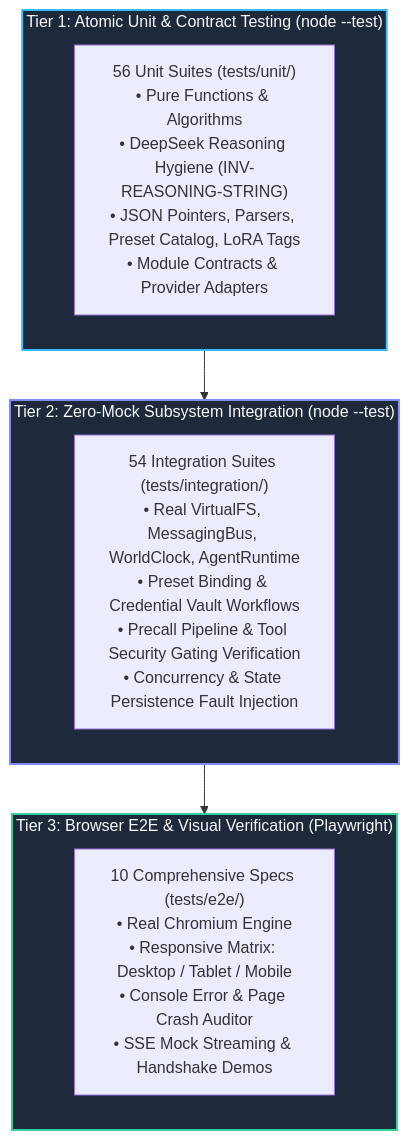
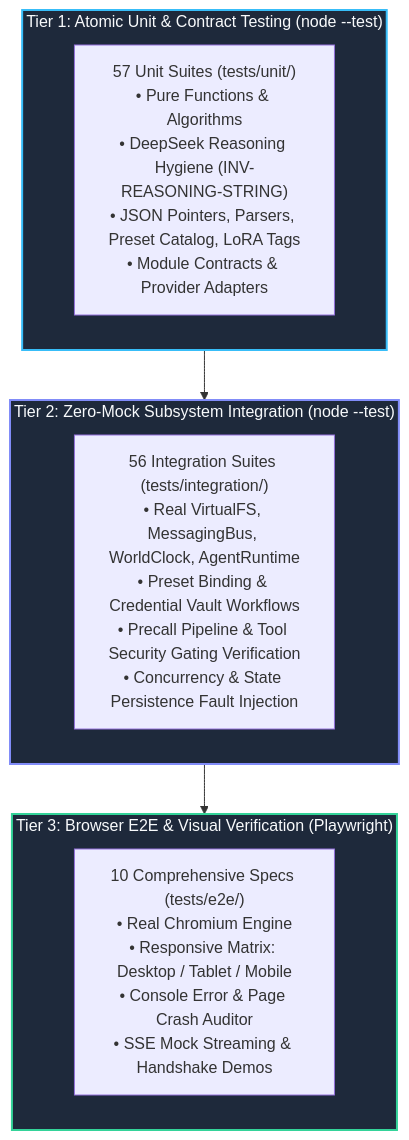
One commit to crestfallnafterdark/nightcurtain changed the first of 3 diagrams in docs/testing/testing_strategy.md. Above: the diagram before and after it, drawn with Mermaid. The commit also changed other lines of this file and 4 other files, not shown here.

````diff
--- a/docs/testing/testing_strategy.md
+++ b/docs/testing/testing_strategy.md
@@ -15,24 +15,24 @@
 ```mermaid
 graph TD
     subgraph L3["Tier 3: Browser E2E & Visual Verification (Playwright)"]
         E2E["10 Comprehensive Specs (tests/e2e/)<br/>• Real Chromium Engine<br/>• Responsive Matrix: Desktop / Tablet / Mobile<br/>• Console Error & Page Crash Auditor<br/>• SSE Mock Streaming & Handshake Demos"]
     end
 
     subgraph L2["Tier 2: Zero-Mock Subsystem Integration (node --test)"]
-        INT["54 Integration Suites (tests/integration/)<br/>• Real VirtualFS, MessagingBus, WorldClock, AgentRuntime<br/>• Preset Binding & Credential Vault Workflows<br/>• Precall Pipeline & Tool Security Gating Verification<br/>• Concurrency & State Persistence Fault Injection"]
+        INT["56 Integration Suites (tests/integration/)<br/>• Real VirtualFS, MessagingBus, WorldClock, AgentRuntime<br/>• Preset Binding & Credential Vault Workflows<br/>• Precall Pipeline & Tool Security Gating Verification<br/>• Concurrency & State Persistence Fault Injection"]
     end
 
     subgraph L1["Tier 1: Atomic Unit & Contract Testing (node --test)"]
-        UNIT["56 Unit Suites (tests/unit/)<br/>• Pure Functions & Algorithms<br/>• DeepSeek Reasoning Hygiene (INV-REASONING-STRING)<br/>• JSON Pointers, Parsers, Preset Catalog, LoRA Tags<br/>• Module Contracts & Provider Adapters"]
+        UNIT["57 Unit Suites (tests/unit/)<br/>• Pure Functions & Algorithms<br/>• DeepSeek Reasoning Hygiene (INV-REASONING-STRING)<br/>• JSON Pointers, Parsers, Preset Catalog, LoRA Tags<br/>• Module Contracts & Provider Adapters"]
     end
 
     L1 --> L2
     L2 --> L3
 
     classDef l1 fill:#1e293b,stroke:#38bdf8,stroke-width:2px,color:#f8fafc;
     classDef l2 fill:#1e293b,stroke:#818cf8,stroke-width:2px,color:#f8fafc;
     classDef l3 fill:#1e293b,stroke:#34d399,stroke-width:2px,color:#f8fafc;
     class L1 l1;
     class L2 l2;
     class L3 l3;
 ```
````
